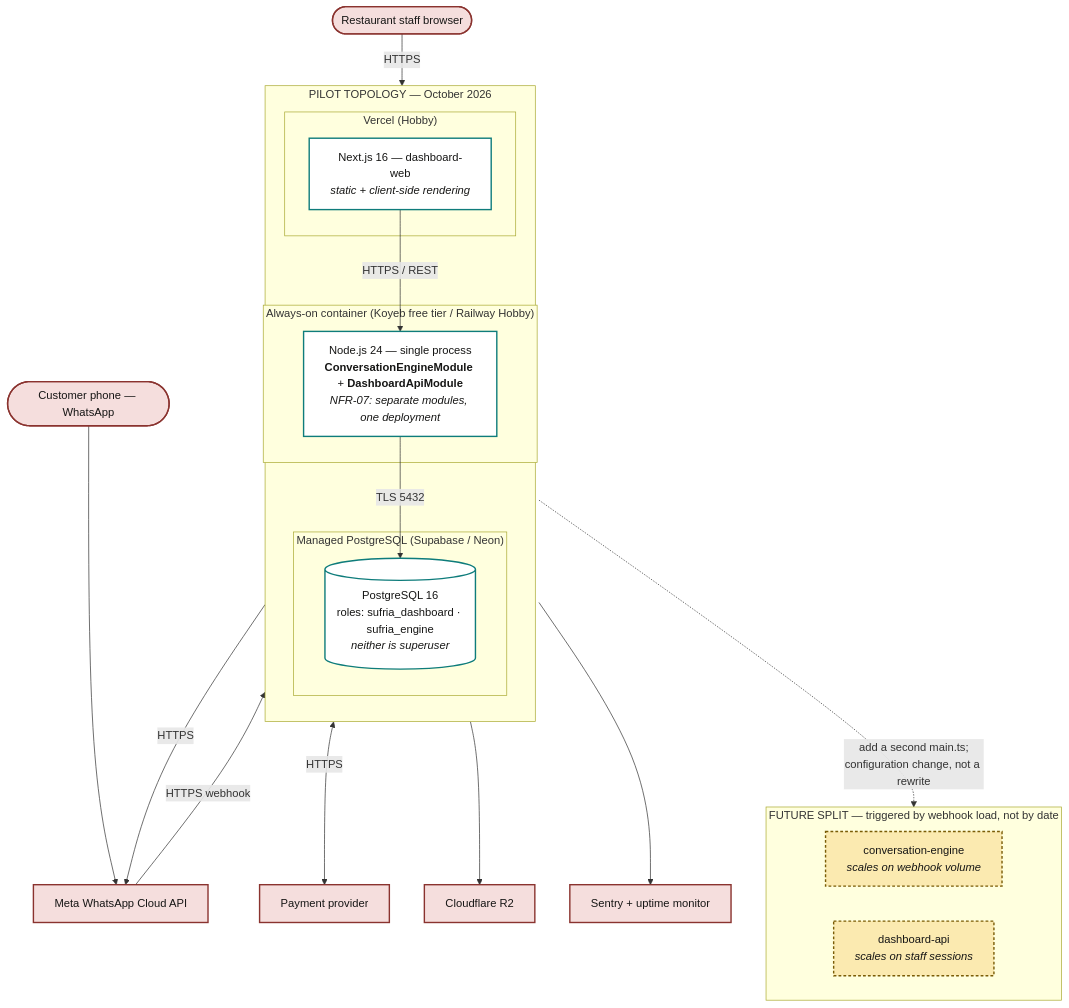
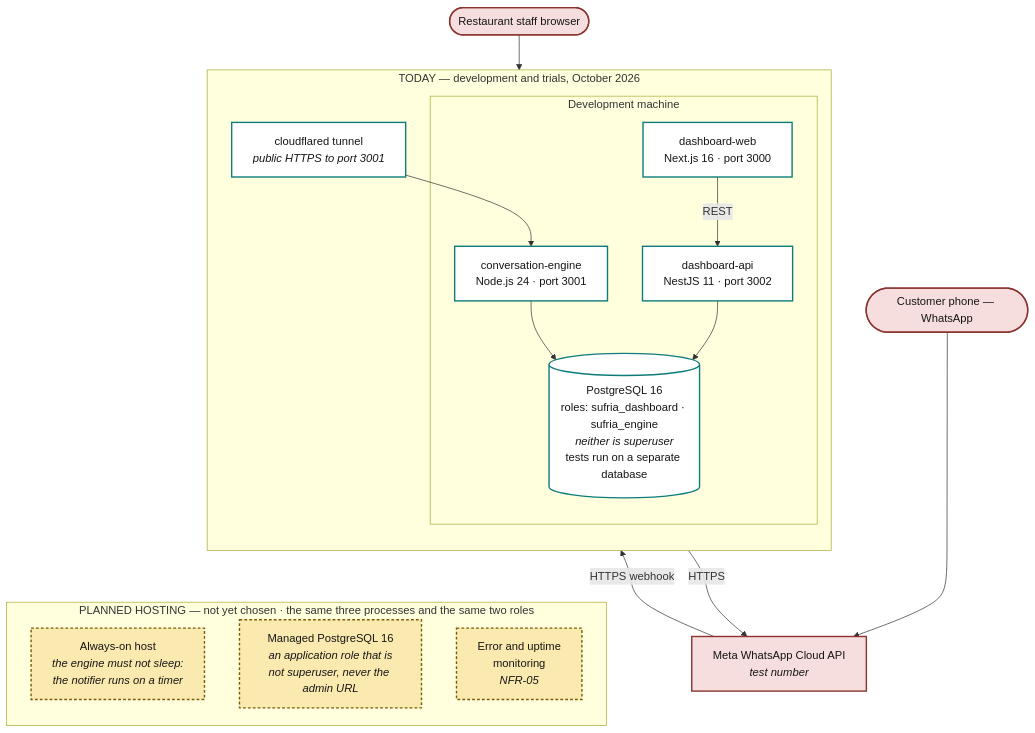
Before and after one commit to mozz-labs/sufria: the diagram in docs/diagrams/05-deployment.mmd, drawn with Mermaid. The commit also changed 36 other files, not shown here.

First line of the commit message:
docs(wip): Chapter 3 v1.2 diagrams — sources updated to the code as built

```diff
--- a/docs/diagrams/05-deployment.mmd
+++ b/docs/diagrams/05-deployment.mmd
@@ -1,42 +1,37 @@
 flowchart TB
     classDef node fill:#E1EAEE,stroke:#35555F,stroke-width:2px,color:#161615
     classDef proc fill:#FFFFFF,stroke:#0E7C7B,color:#161615
     classDef ext fill:#F5DEDD,stroke:#8A332F,color:#161615
     classDef future fill:#FBEAB0,stroke:#7A5C06,stroke-dasharray:4 3,color:#161615
 
-    subgraph PILOT["PILOT TOPOLOGY — October 2026"]
+    subgraph NOW["TODAY — development and trials, October 2026"]
         direction TB
-        subgraph N1["Always-on container (Koyeb free tier / Railway Hobby)"]
-            P1["Node.js 24 — single process<br/><b>ConversationEngineModule</b> + <b>DashboardApiModule</b><br/><i>NFR-07: separate modules, one deployment</i>"]:::proc
+        subgraph N1["Development machine"]
+            P1["conversation-engine<br/>Node.js 24 · port 3001"]:::proc
+            P2["dashboard-api<br/>NestJS 11 · port 3002"]:::proc
+            P3["dashboard-web<br/>Next.js 16 · port 3000"]:::proc
+            P4[("PostgreSQL 16<br/>roles: sufria_dashboard · sufria_engine<br/><i>neither is superuser</i><br/>tests run on a separate database")]:::proc
         end
-        subgraph N2["Vercel (Hobby)"]
-            P2["Next.js 16 — dashboard-web<br/><i>static + client-side rendering</i>"]:::proc
-        end
-        subgraph N3["Managed PostgreSQL (Supabase / Neon)"]
-            P3[("PostgreSQL 16<br/>roles: sufria_dashboard · sufria_engine<br/><i>neither is superuser</i>")]:::proc
-        end
+        TUN["cloudflared tunnel<br/><i>public HTTPS to port 3001</i>"]:::proc
     end
 
+    PHONE(["Customer phone — WhatsApp"]):::ext
+    META["Meta WhatsApp Cloud API<br/><i>test number</i>"]:::ext
     BROWSER(["Restaurant staff browser"]):::ext
-    PHONE(["Customer phone — WhatsApp"]):::ext
-    META["Meta WhatsApp Cloud API"]:::ext
-    PAYG["Payment provider"]:::ext
-    R2["Cloudflare R2"]:::ext
-    SENTRY["Sentry + uptime monitor"]:::ext
 
-    BROWSER -->|"HTTPS"| P2
-    P2 -->|"HTTPS / REST"| P1
     PHONE --> META
-    META -->|"HTTPS webhook"| P1
+    META -->|"HTTPS webhook"| TUN --> P1
     P1 -->|"HTTPS"| META
-    P1 <-->|"HTTPS"| PAYG
-    P1 -->|"TLS 5432"| P3
-    P2 --> R2
-    P1 --> SENTRY
+    BROWSER --> P3
+    P3 -->|"REST"| P2
+    P1 --> P4
+    P2 --> P4
 
-    subgraph LATER["FUTURE SPLIT — triggered by webhook load, not by date"]
-        direction LR
-        F1["conversation-engine<br/><i>scales on webhook volume</i>"]:::future
-        F2["dashboard-api<br/><i>scales on staff sessions</i>"]:::future
+    subgraph LATER["PLANNED HOSTING — not yet chosen · the same three processes and the same two roles"]
+        F1["Always-on host<br/><i>the engine must not sleep:<br/>the notifier runs on a timer</i>"]:::future
+        F2["Managed PostgreSQL 16<br/><i>an application role that is<br/>not superuser, never the admin URL</i>"]:::future
+        F3["Error and uptime<br/>monitoring<br/><i>NFR-05</i>"]:::future
     end
-    P1 -.->|"add a second main.ts;<br/>configuration change, not a rewrite"| LATER
+    P4 ~~~ F1
+    P4 ~~~ F2
+    P4 ~~~ F3
```
